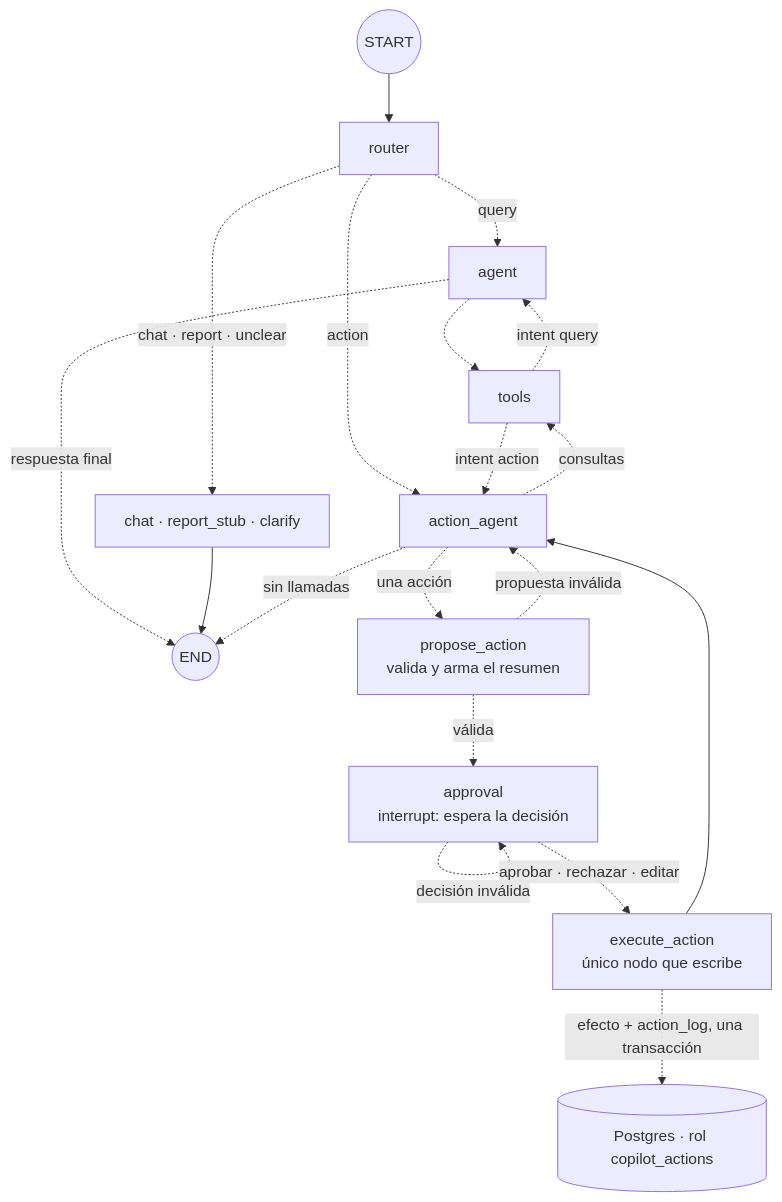
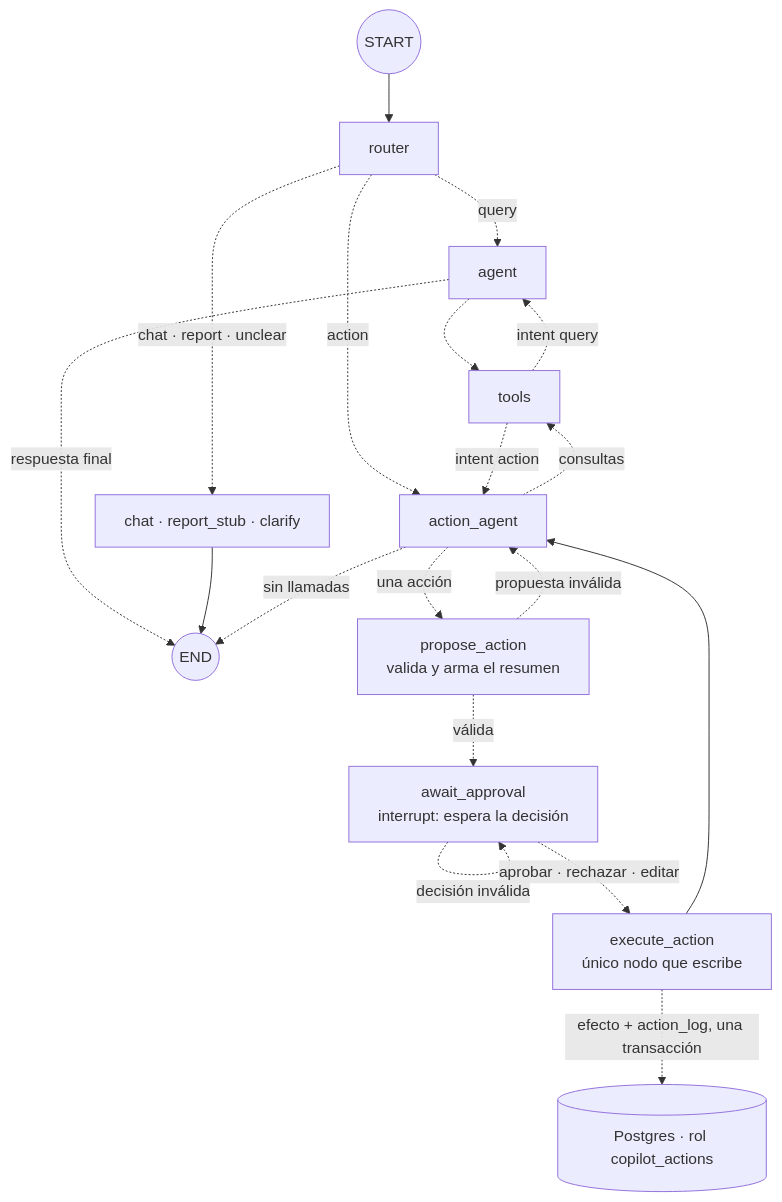
One commit to BoschiAlbano/copiloto-langgraph changed the diagram in specs/fase-05-aprobacion-humana.md. Above: the diagram before and after it, drawn with Mermaid. The commit also changed other lines of this file and 5 other files, not shown here.

````diff
--- a/specs/fase-05-aprobacion-humana.md
+++ b/specs/fase-05-aprobacion-humana.md
@@ -165,20 +167,20 @@
 ```mermaid
 flowchart TD
     S((START)) --> R["router"]
     R -.->|"query"| A["agent"]
     A -.-> T["tools"]
     T -.->|"intent query"| A
     A -.->|"respuesta final"| E((END))
     R -.->|"chat · report · unclear"| X["chat · report_stub · clarify"] --> E
     R -.->|"action"| AA["action_agent"]
     AA -.->|"consultas"| T
     T -.->|"intent action"| AA
     AA -.->|"sin llamadas"| E
     AA -.->|"una acción"| P["propose_action<br/>valida y arma el resumen"]
     P -.->|"propuesta inválida"| AA
-    P -.->|"válida"| AP["approval<br/>interrupt: espera la decisión"]
+    P -.->|"válida"| AP["await_approval<br/>interrupt: espera la decisión"]
     AP -.->|"decisión inválida"| AP
     AP -.->|"aprobar · rechazar · editar"| X2["execute_action<br/>único nodo que escribe"]
     X2 --> AA
     X2 -. "efecto + action_log, una transacción" .-> DB[("Postgres · rol copilot_actions")]
 ```
````
